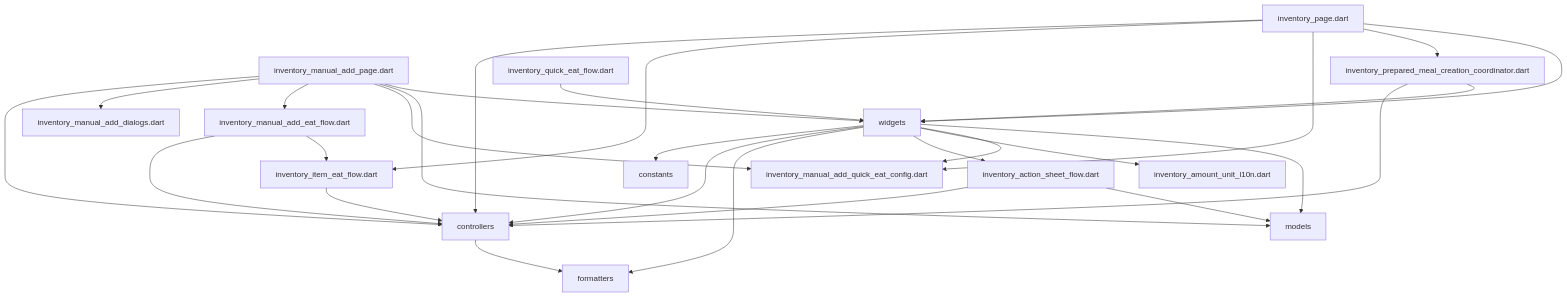
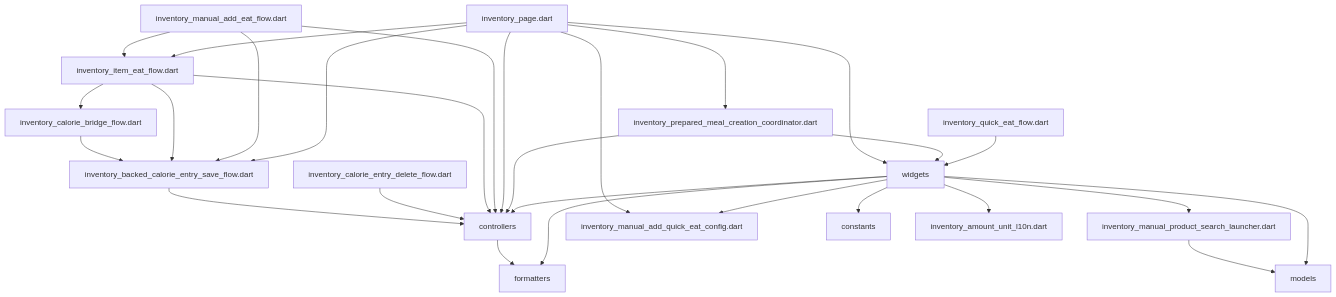
The diagram in lib/features/inventory/presentation/DEPS.md (repinw/yamt), drawn with Mermaid before and after one commit. The commit also changed 249 other files, not shown here.

````diff
--- a/lib/features/inventory/presentation/DEPS.md
+++ b/lib/features/inventory/presentation/DEPS.md
@@ -6,30 +6,30 @@
 ```mermaid
 flowchart TD;
 controllers-->formatters;
-inventory_action_sheet_flow.dart-->controllers;
-inventory_action_sheet_flow.dart-->models;
+inventory_backed_calorie_entry_save_flow.dart-->controllers;
+inventory_calorie_bridge_flow.dart-->inventory_backed_calorie_entry_save_flow.dart;
+inventory_calorie_entry_delete_flow.dart-->controllers;
 inventory_item_eat_flow.dart-->controllers;
+inventory_item_eat_flow.dart-->inventory_backed_calorie_entry_save_flow.dart;
+inventory_item_eat_flow.dart-->inventory_calorie_bridge_flow.dart;
 inventory_manual_add_eat_flow.dart-->controllers;
+inventory_manual_add_eat_flow.dart-->inventory_backed_calorie_entry_save_flow.dart;
 inventory_manual_add_eat_flow.dart-->inventory_item_eat_flow.dart;
-inventory_manual_add_page.dart-->controllers;
-inventory_manual_add_page.dart-->inventory_manual_add_dialogs.dart;
-inventory_manual_add_page.dart-->inventory_manual_add_eat_flow.dart;
-inventory_manual_add_page.dart-->inventory_manual_add_quick_eat_config.dart;
-inventory_manual_add_page.dart-->models;
-inventory_manual_add_page.dart-->widgets;
+inventory_manual_product_search_launcher.dart-->models;
 inventory_page.dart-->controllers;
+inventory_page.dart-->inventory_backed_calorie_entry_save_flow.dart;
 inventory_page.dart-->inventory_item_eat_flow.dart;
 inventory_page.dart-->inventory_manual_add_quick_eat_config.dart;
 inventory_page.dart-->inventory_prepared_meal_creation_coordinator.dart;
 inventory_page.dart-->widgets;
 inventory_prepared_meal_creation_coordinator.dart-->controllers;
 inventory_prepared_meal_creation_coordinator.dart-->widgets;
 inventory_quick_eat_flow.dart-->widgets;
 widgets-->constants;
 widgets-->controllers;
 widgets-->formatters;
-widgets-->inventory_action_sheet_flow.dart;
 widgets-->inventory_amount_unit_l10n.dart;
 widgets-->inventory_manual_add_quick_eat_config.dart;
+widgets-->inventory_manual_product_search_launcher.dart;
 widgets-->models;
 ```
````
